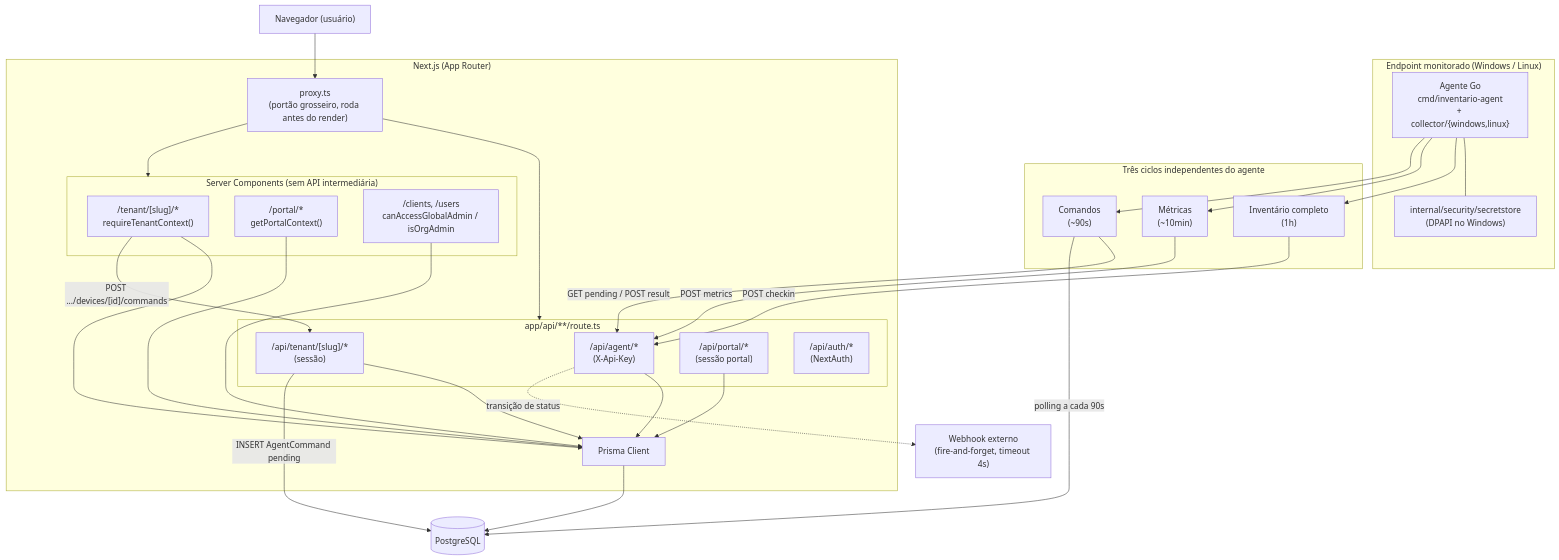
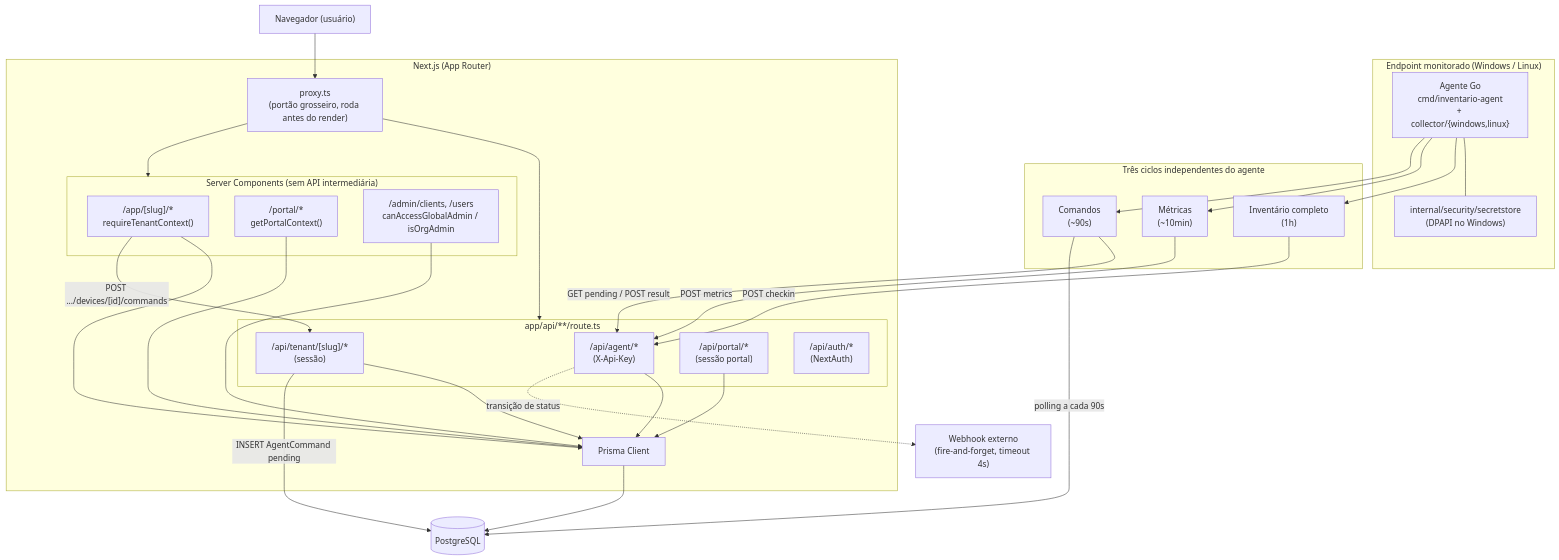
Before and after one commit to rodrigoalves022/Inventario: the first of 2 diagrams in docs/PRODUCT.md, drawn with Mermaid. The commit also changed other lines of this file and 92 other files, not shown here.

Commit message:
feat(routes): reorganizacao de rotas /tenant->/app e /clients->/admin/clients com redirects 308, eslint ativo em app/components/lib e 132/132 testes

````diff
--- a/docs/PRODUCT.md
+++ b/docs/PRODUCT.md
@@ -326,56 +326,56 @@
 ```mermaid
 flowchart TB
     subgraph Endpoint["Endpoint monitorado (Windows / Linux)"]
         AgentGo["Agente Go\ncmd/inventario-agent\n+ collector/{windows,linux}"]
         SecretStore["internal/security/secretstore\n(DPAPI no Windows)"]
         AgentGo --- SecretStore
     end
 
     subgraph Cycles["Três ciclos independentes do agente"]
         C1["Inventário completo\n(1h)"]
         C2["Métricas\n(~10min)"]
         C3["Comandos\n(~90s)"]
     end
     AgentGo --> C1
     AgentGo --> C2
     AgentGo --> C3
 
     subgraph NextApp["Next.js (App Router)"]
         MW["proxy.ts\n(portão grosseiro, roda antes do render)"]
         subgraph API["app/api/**/route.ts"]
             AgentRoutes["/api/agent/*\n(X-Api-Key)"]
             TenantRoutes["/api/tenant/[slug]/*\n(sessão)"]
             PortalRoutes["/api/portal/*\n(sessão portal)"]
             AuthRoutes["/api/auth/*\n(NextAuth)"]
         end
         subgraph Pages["Server Components (sem API intermediária)"]
-            TenantPages["/tenant/[slug]/*\nrequireTenantContext()"]
+            TenantPages["/app/[slug]/*\nrequireTenantContext()"]
             PortalPages["/portal/*\ngetPortalContext()"]
-            ClientPages["/clients, /users\ncanAccessGlobalAdmin / isOrgAdmin"]
+            ClientPages["/admin/clients, /users\ncanAccessGlobalAdmin / isOrgAdmin"]
         end
         Prisma["Prisma Client"]
     end
 
     DB[("PostgreSQL")]
     Hook["Webhook externo\n(fire-and-forget, timeout 4s)"]
 
     C1 -->|"POST checkin"| AgentRoutes
     C2 -->|"POST metrics"| AgentRoutes
     C3 -->|"GET pending / POST result"| AgentRoutes
 
     Browser["Navegador (usuário)"] --> MW
     MW --> API
     MW --> Pages
     TenantRoutes --> Prisma
     PortalRoutes --> Prisma
     AgentRoutes --> Prisma
     TenantPages --> Prisma
     PortalPages --> Prisma
     ClientPages --> Prisma
     Prisma --> DB
     AgentRoutes -.->|"transição de status"| Hook
 
     TenantPages -->|"POST .../devices/[id]/commands"| TenantRoutes
     TenantRoutes -->|"INSERT AgentCommand pending"| DB
     C3 -->|"polling a cada 90s"| DB
 ```
````
